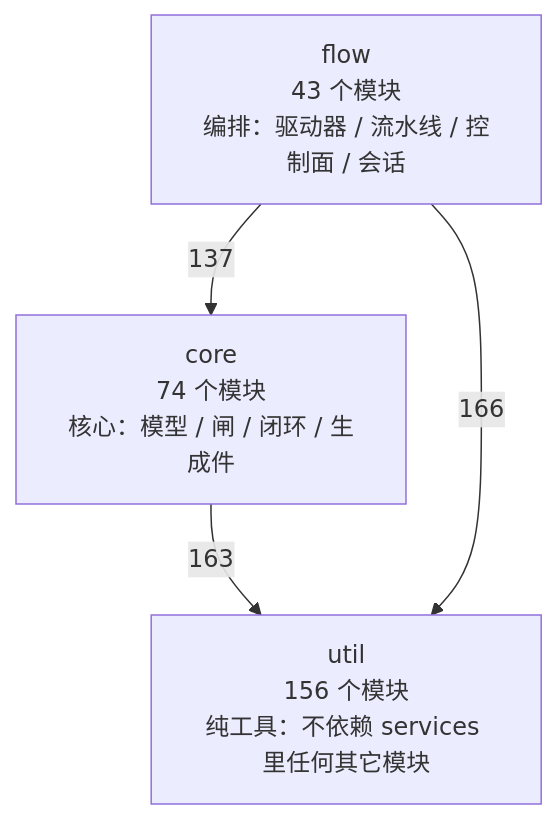
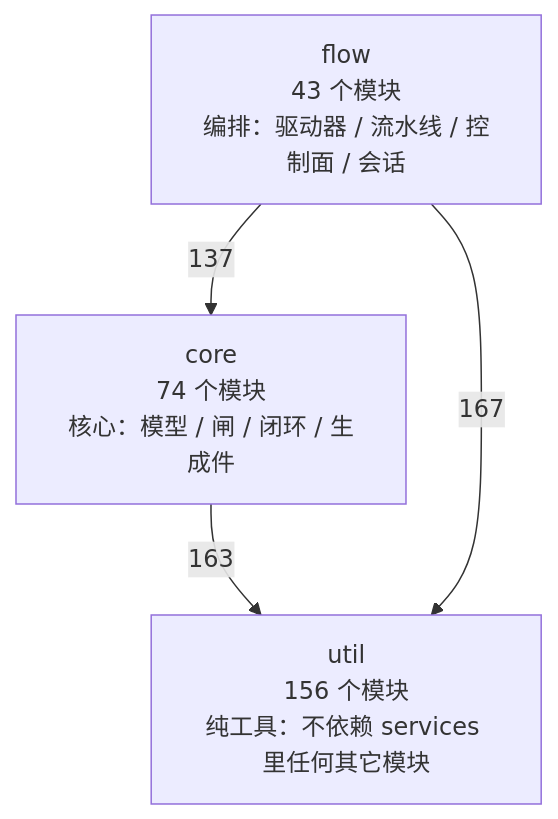
One commit to 2686521696/WhyBuddy changed the first of 4 diagrams in docs/SlideRule V6.2 架构图（自动生成）.md. Above: the diagram before and after it, drawn with Mermaid. The commit also changed other lines of this file and 4 other files, not shown here.

````diff
--- a/docs/SlideRule V6.2 架构图（自动生成）.md
+++ b/docs/SlideRule V6.2 架构图（自动生成）.md
@@ -50,9 +50,9 @@
 ```mermaid
 flowchart TB
   util["util<br/>156 个模块<br/>纯工具：不依赖 services 里任何其它模块"]
   core["core<br/>74 个模块<br/>核心：模型 / 闸 / 闭环 / 生成件"]
   flow["flow<br/>43 个模块<br/>编排：驱动器 / 流水线 / 控制面 / 会话"]
   core -->|163| util
   flow -->|137| core
-  flow -->|166| util
+  flow -->|167| util
 ```
````
